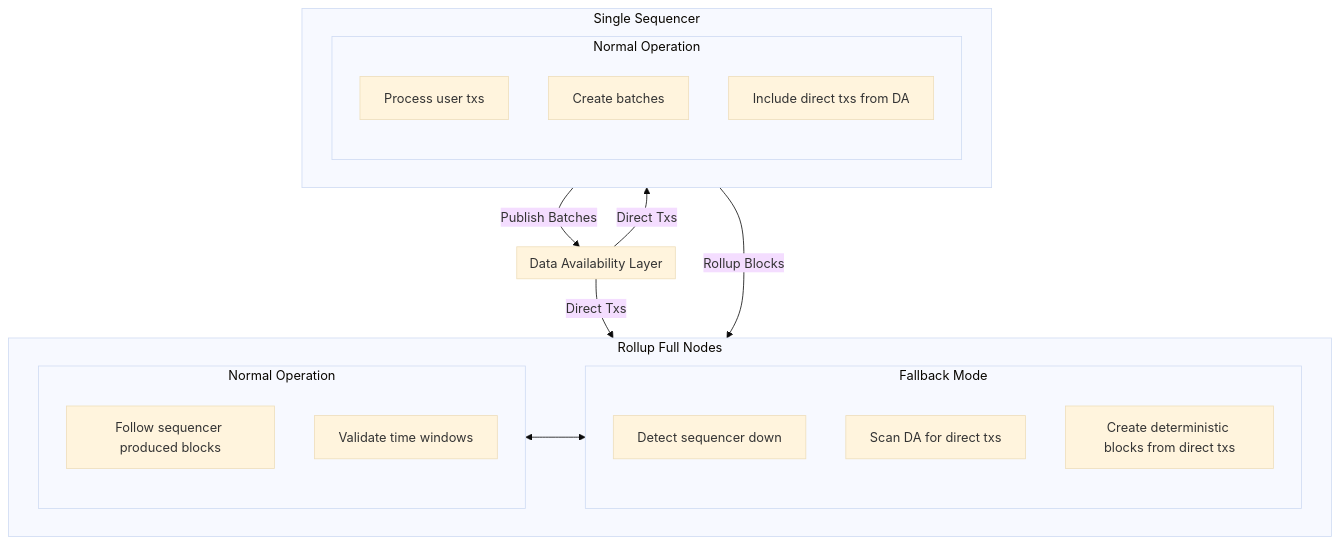
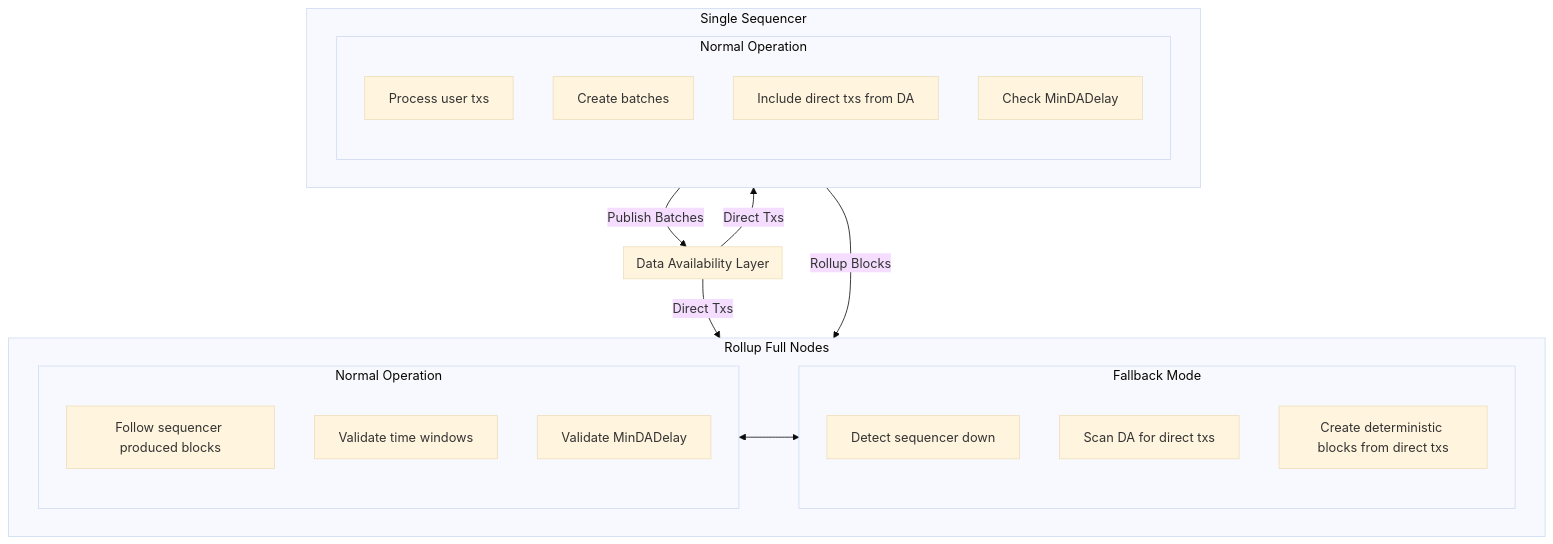
One commit to rollkit/rollkit changed the first of 2 diagrams in specs/lazy-adr/adr-018-forced-inclusion-mechanism.md. Above: the diagram before and after it, drawn with Mermaid (base theme). The commit also changed other lines of this file, not shown here.

Commit message:
Add DA-based block delay to include direct transactions

````diff
--- a/specs/lazy-adr/adr-018-forced-inclusion-mechanism.md
+++ b/specs/lazy-adr/adr-018-forced-inclusion-mechanism.md
@@ -38,33 +39,35 @@
 ```mermaid
 flowchart TB
     subgraph DAL["Data Availability Layer"]
     end
 
     subgraph SEQ["Single Sequencer"]
         subgraph NO["Normal Operation"]
             direction TB
             process["Process user txs"]
             create["Create batches"]
             include["Include direct txs from DA"]
+            checkDelay["Check MinDADelay"]
         end
     end
 
     subgraph FN["Rollup Full Nodes"]
         subgraph NormalOp["Normal Operation"]
             follow["Follow sequencer produced blocks"]
             validate["Validate time windows"]
+            validateDelay["Validate MinDADelay"]
         end
         
         subgraph FallbackMode["Fallback Mode"]
             detect["Detect sequencer down"]
             scan["Scan DA for direct txs"]
             createBlocks["Create deterministic blocks from direct txs"]
         end
     end
 
     SEQ -->|"Publish Batches"| DAL
     DAL -->|"Direct Txs"| SEQ
     DAL -->|"Direct Txs"| FN
     SEQ -->|"Rollup Blocks"| FN
     NormalOp <--> FallbackMode
 ```
````
